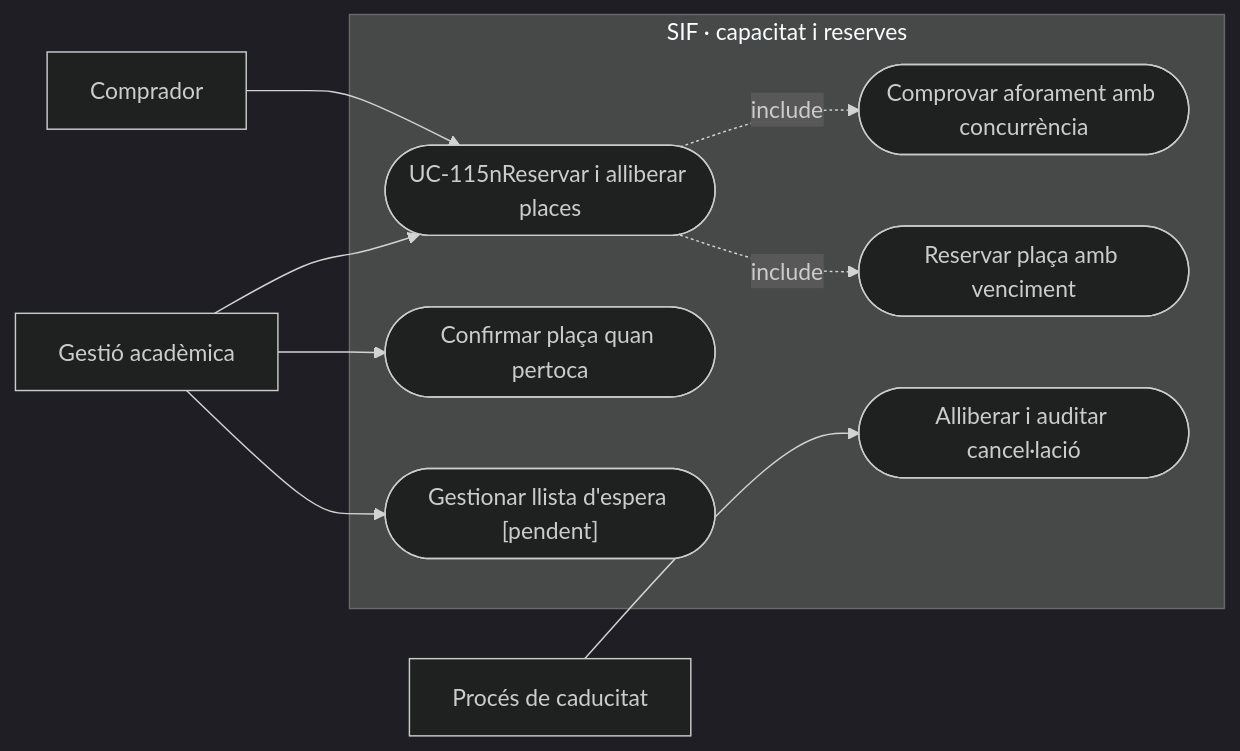
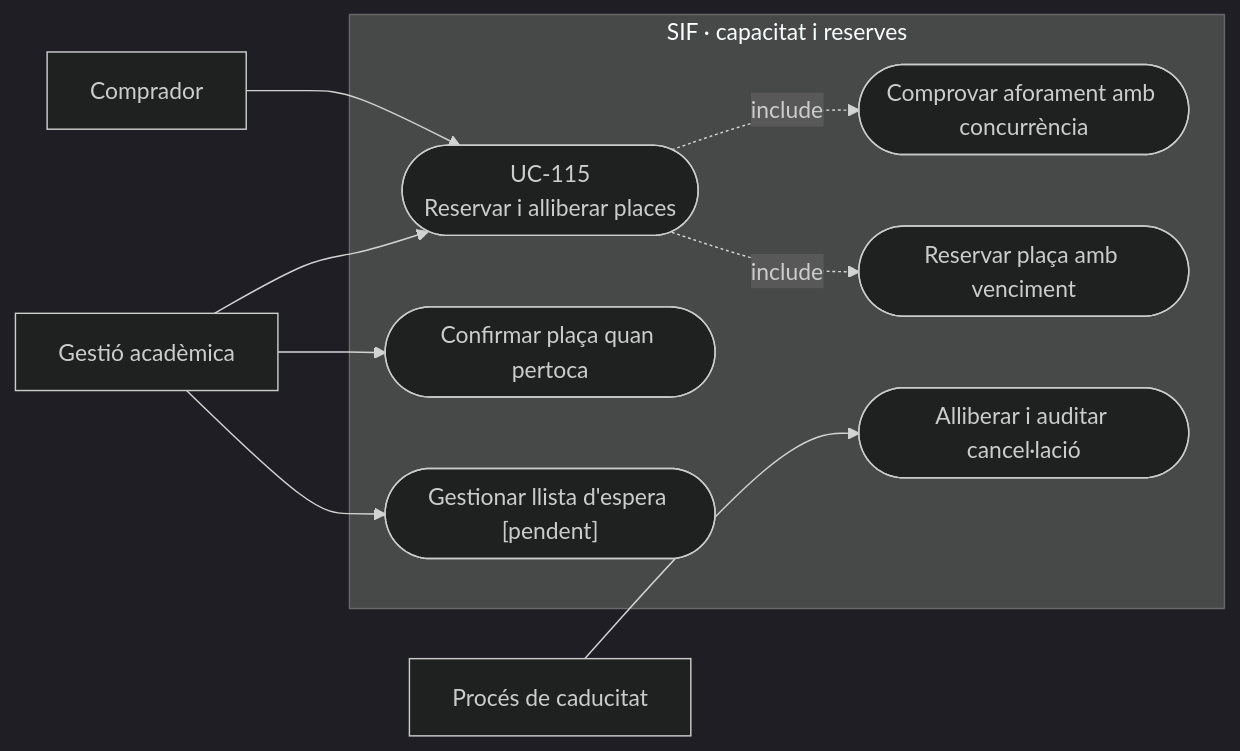
The second of 4 diagrams in documentacio/07-uml-integrat/uc-115-reservar-alliberar-places.md (orgmeriemprismacat-del/verifactu), drawn with Mermaid (dark theme) before and after one commit.

Commit message:
docs(uml): corregir salts Mermaid UC-115

````diff
--- a/documentacio/07-uml-integrat/uc-115-reservar-alliberar-places.md
+++ b/documentacio/07-uml-integrat/uc-115-reservar-alliberar-places.md
@@ -90,21 +90,21 @@
 ```mermaid
 flowchart LR
   a_0["Comprador"]
   a_1["Gestió acadèmica"]
   a_2["Procés de caducitat"]
   subgraph SIF_BOUNDARY["SIF · capacitat i reserves"]
-    u_0(["UC-115nReservar i alliberar places"])
+    u_0(["UC-115<br/>Reservar i alliberar places"])
     u_1(["Comprovar aforament amb concurrència"])
     u_2(["Reservar plaça amb venciment"])
     u_3(["Confirmar plaça quan pertoca"])
     u_4(["Alliberar i auditar cancel·lació"])
     u_5(["Gestionar llista d'espera [pendent]"])
   end
   a_0 --> u_0
   a_1 --> u_0
   a_2 --> u_4
   u_0 -.->|include| u_1
   u_0 -.->|include| u_2
   a_1 --> u_3
   a_1 --> u_5
 ```
````
